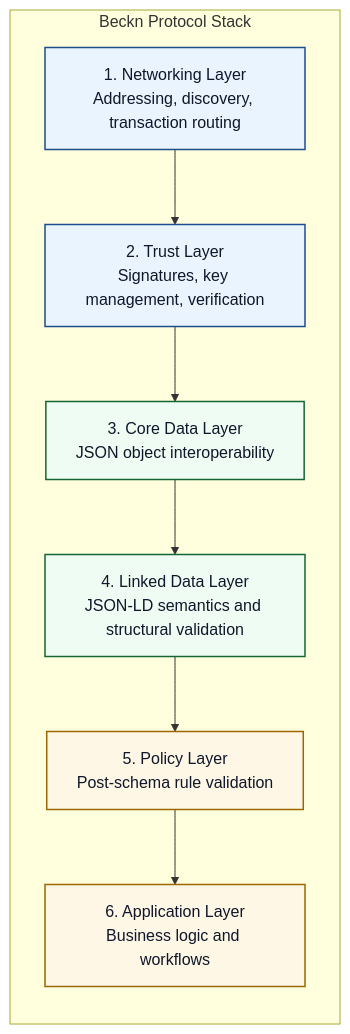
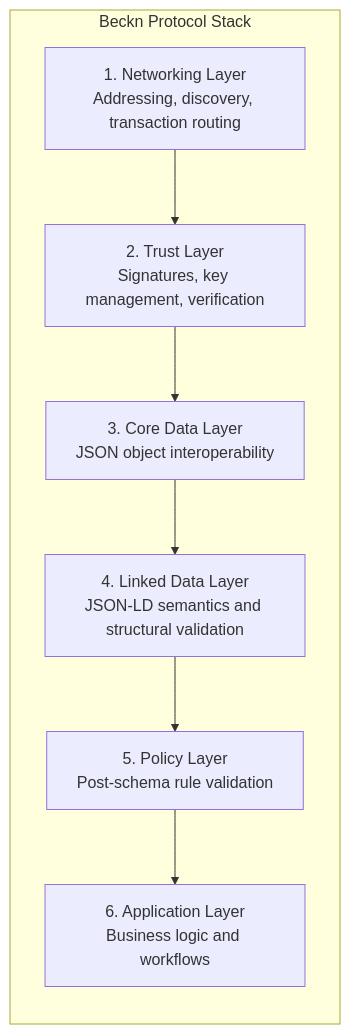
One commit to beckn/protocol-specifications-v2 changed the first of 4 diagrams in docs/03_The_Beckn_Protocol_Stack.md. Above: the diagram before and after it, drawn with Mermaid. The commit also changed other lines of this file and 6 other files, not shown here.

````diff
--- a/docs/03_The_Beckn_Protocol_Stack.md
+++ b/docs/03_The_Beckn_Protocol_Stack.md
@@ -9,22 +73,14 @@
 ```mermaid
 flowchart TD
     subgraph Stack[Beckn Protocol Stack]
         direction TB
         L6["6. Application Layer\nBusiness logic and workflows"]
         L5["5. Policy Layer\nPost-schema rule validation"]
         L4["4. Linked Data Layer\nJSON-LD semantics and structural validation"]
         L3["3. Core Data Layer\nJSON object interoperability"]
         L2["2. Trust Layer\nSignatures, key management, verification"]
         L1["1. Networking Layer\nAddressing, discovery, transaction routing"]
     end
 
     L1 --> L2 --> L3 --> L4 --> L5 --> L6
-
-    classDef infra fill:#eaf4ff,stroke:#1d4e89,stroke-width:1.5px,color:#0f172a;
-    classDef data fill:#eefcf3,stroke:#166534,stroke-width:1.5px,color:#0f172a;
-    classDef app fill:#fff7e6,stroke:#9a6700,stroke-width:1.5px,color:#0f172a;
-
-    class L1,L2 infra;
-    class L3,L4 data;
-    class L5,L6 app;
 ```
````
